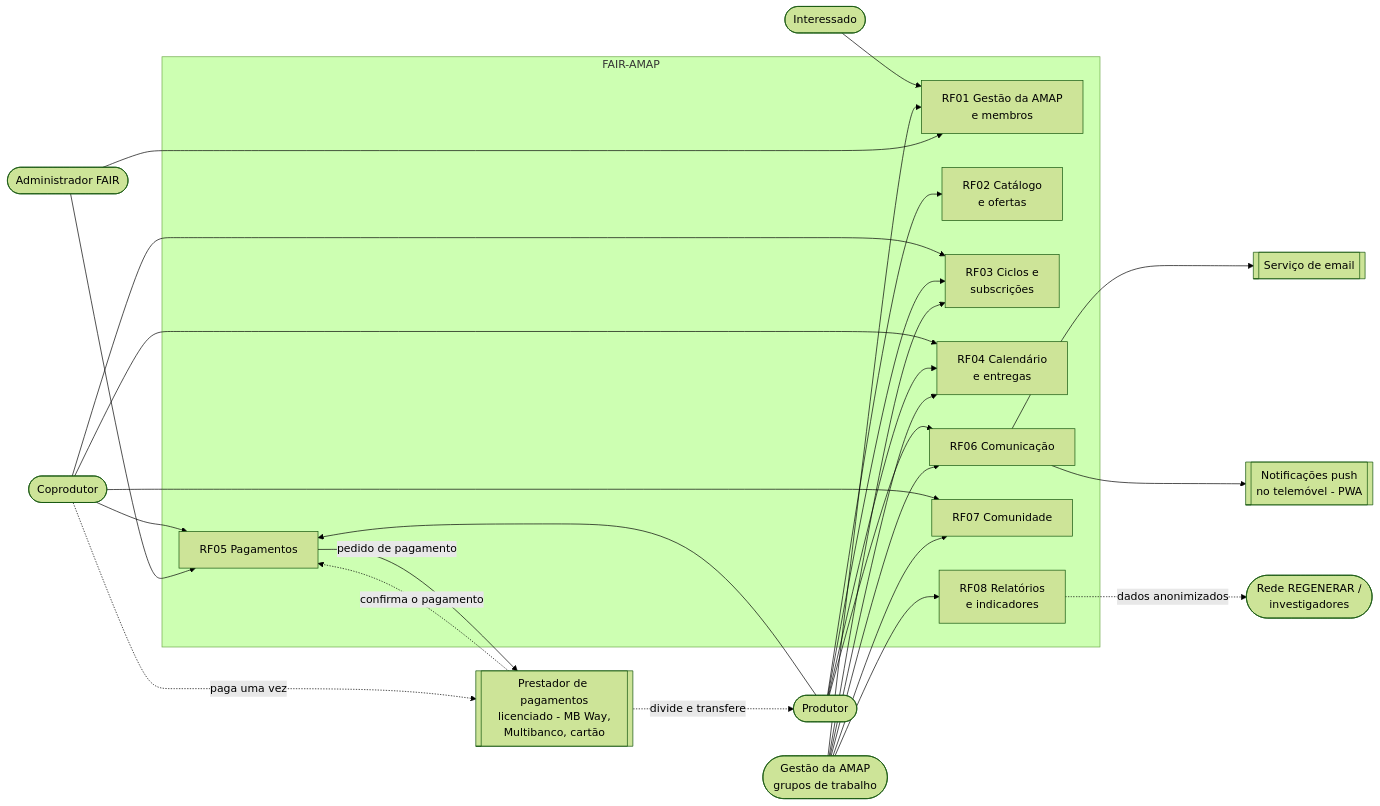
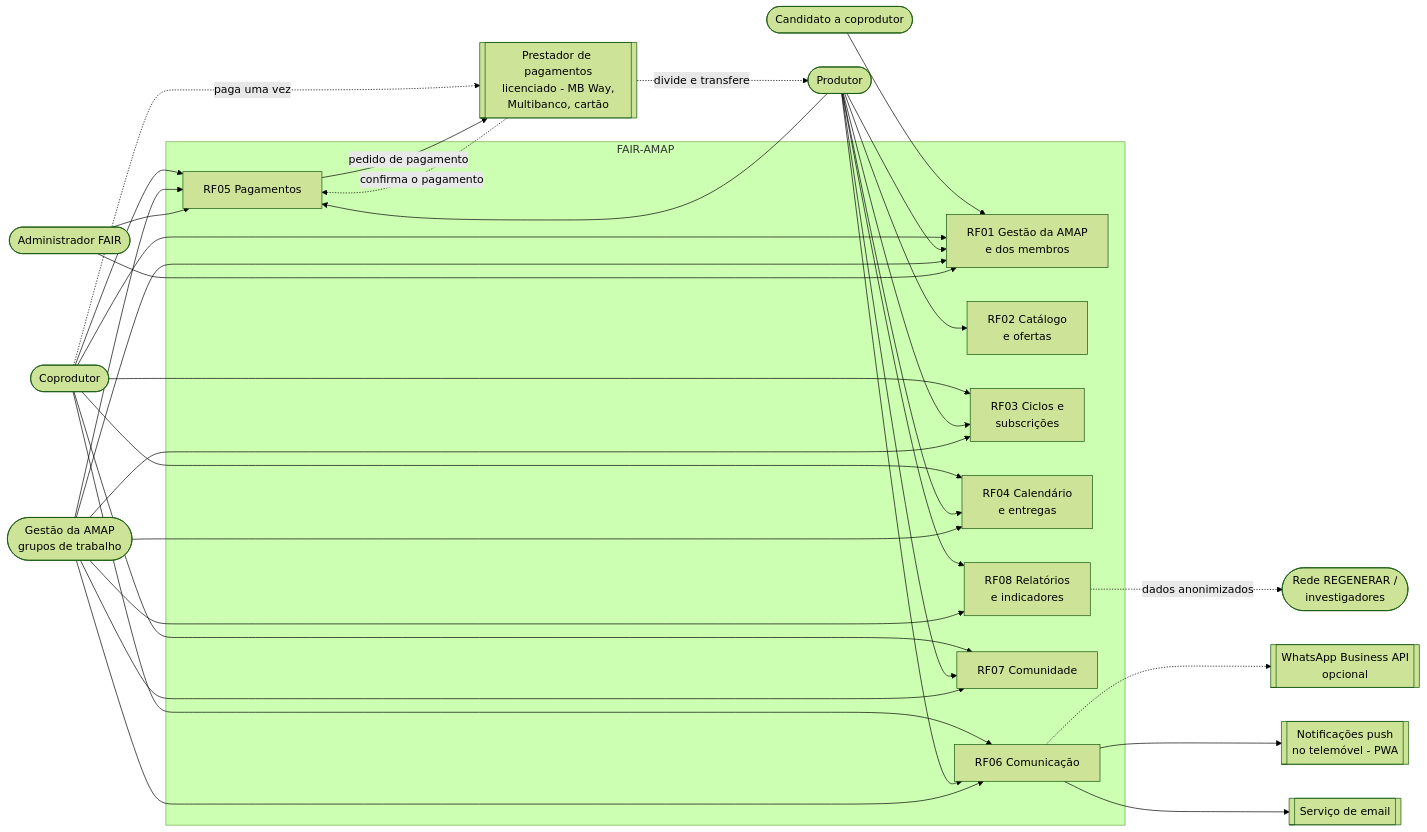
The diagram in docs/requisitos/diagramas/DiagramaContextoPT.md (BrunoAlvees/engreq_2627_G02), drawn with Mermaid (forest theme) before and after one commit. The commit also changed other lines of this file and 3 other files, not shown here.

Commit message:
Diagrama Contexto

````diff
--- a/docs/requisitos/diagramas/DiagramaContextoPT.md
+++ b/docs/requisitos/diagramas/DiagramaContextoPT.md
@@ -9,36 +9,38 @@
 ```mermaid
 flowchart LR
-    INT([Interessado])
+    INT([Candidato a coprodutor])
     COP([Coprodutor])
     PROD([Produtor])
     GEST([Gestão da AMAP<br/>grupos de trabalho])
     ADM([Administrador FAIR])
     INV([Rede REGENERAR /<br/>investigadores])
 
     subgraph FAIR["FAIR-AMAP"]
-        MEM[RF01 Gestão da AMAP<br/>e membros]
+        MEM[RF01 Gestão da AMAP<br/>e dos membros]
         CAT[RF02 Catálogo<br/>e ofertas]
         SUB[RF03 Ciclos e<br/>subscrições]
         ENT[RF04 Calendário<br/>e entregas]
         PAG[RF05 Pagamentos]
         COM[RF06 Comunicação]
         CMD[RF07 Comunidade]
         REL[RF08 Relatórios<br/>e indicadores]
     end
 
     EMAIL[[Serviço de email]]
     PUSH[[Notificações push<br/>no telemóvel - PWA]]
+    WA[[WhatsApp Business API<br/>opcional]]
     PSP[[Prestador de pagamentos<br/>licenciado - MB Way,<br/>Multibanco, cartão]]
 
     INT --> MEM
-    COP --> SUB & ENT & PAG & CMD
-    PROD --> CAT & SUB & ENT & PAG & COM
-    GEST --> MEM & SUB & ENT & COM & CMD & REL
+    COP --> MEM & SUB & ENT & PAG & COM & CMD
+    PROD --> MEM & CAT & SUB & ENT & PAG & COM & CMD & REL
+    GEST --> MEM & SUB & ENT & PAG & COM & CMD & REL
     ADM --> MEM & PAG
     REL -. dados anonimizados .-> INV
     COM --> EMAIL & PUSH
+    COM -.-> WA
     PAG -- pedido de pagamento --> PSP
     COP -. paga uma vez .-> PSP
     PSP -. confirma o pagamento .-> PAG
     PSP -. divide e transfere .-> PROD
 ```
````
